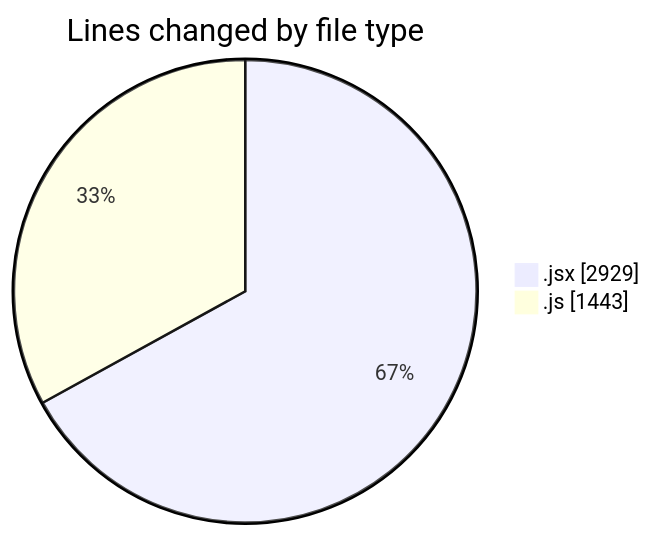
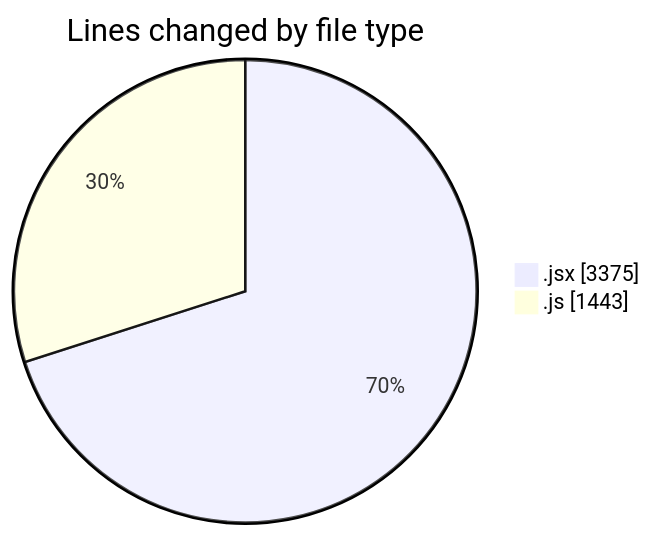
Before and after one commit to nxtqubesakshisongat/code-tracking: the first of 2 diagrams in 2025-11-13/argos/README.md, drawn with Mermaid. The commit also changed other lines of this file and 1 other file, not shown here.

````diff
--- a/2025-11-13/argos/README.md
+++ b/2025-11-13/argos/README.md
@@ -35,6 +36,6 @@
 ```mermaid
 pie showData
 title Lines changed by file type
-".jsx" : 2929
+".jsx" : 3375
 ".js" : 1443
 ```
````
